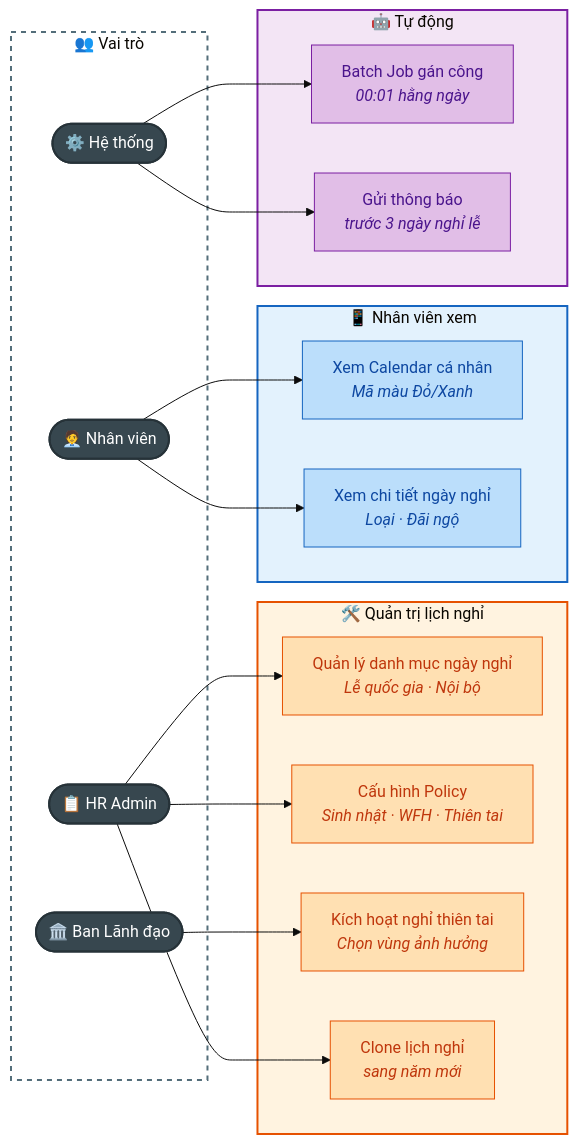
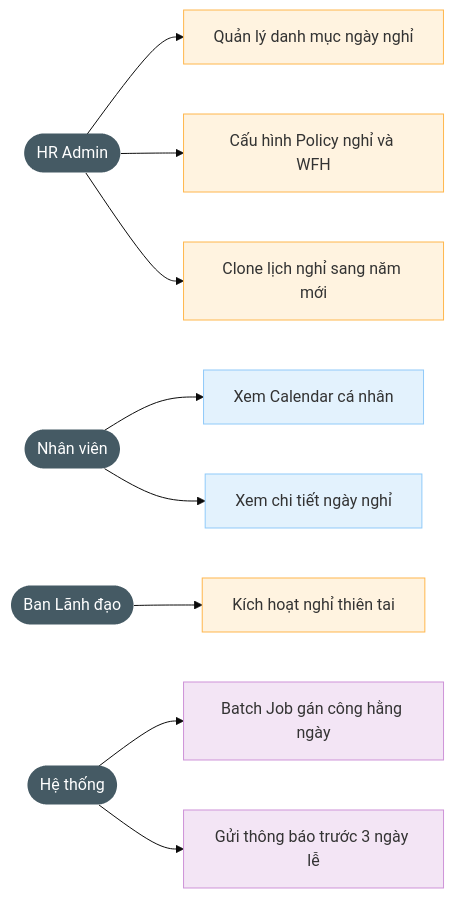
One commit to olbboy/BA-Kit changed the second of 2 diagrams in outputs/mini-app-cham-cong/2.11-Mini-app/2.11.7.-Cấu-hình-lịch-nghỉ/README.md. Above: the diagram before and after it, drawn with Mermaid (base theme). The commit also changed other lines of this file and 5 other files, not shown here.

First line of the commit message:
style: simplify all Mermaid diagrams — clean professional look

````diff
--- a/outputs/mini-app-cham-cong/2.11-Mini-app/2.11.7.-Cấu-hình-lịch-nghỉ/README.md
+++ b/outputs/mini-app-cham-cong/2.11-Mini-app/2.11.7.-Cấu-hình-lịch-nghỉ/README.md
@@ -86,46 +60,31 @@
 ```mermaid
 graph LR
-    subgraph actors [" 👥 Vai trò "]
-        HR(["📋 HR Admin"])
-        NV(["🧑‍💼 Nhân viên"])
-        BGD(["🏛️ Ban Lãnh đạo"])
-        SYS(["⚙️ Hệ thống"])
-    end
+    HR([HR Admin])
+    NV([Nhân viên])
+    BGD([Ban Lãnh đạo])
+    SYS([Hệ thống])
 
-    subgraph admin_uc [" 🛠️ Quản trị lịch nghỉ "]
-        UC1["Quản lý danh mục ngày nghỉ<br/><i>Lễ quốc gia · Nội bộ</i>"]
-        UC2["Cấu hình Policy<br/><i>Sinh nhật · WFH · Thiên tai</i>"]
-        UC3["Kích hoạt nghỉ thiên tai<br/><i>Chọn vùng ảnh hưởng</i>"]
-        UC4["Clone lịch nghỉ<br/><i>sang năm mới</i>"]
-    end
+    HR --> UC1[Quản lý danh mục ngày nghỉ]
+    HR --> UC2[Cấu hình Policy nghỉ và WFH]
+    HR --> UC4[Clone lịch nghỉ sang năm mới]
+    BGD --> UC3[Kích hoạt nghỉ thiên tai]
+    NV --> UC5[Xem Calendar cá nhân]
+    NV --> UC6[Xem chi tiết ngày nghỉ]
+    SYS --> UC7[Batch Job gán công hằng ngày]
+    SYS --> UC8[Gửi thông báo trước 3 ngày lễ]
 
-    subgraph emp_uc [" 📱 Nhân viên xem "]
-        UC5["Xem Calendar cá nhân<br/><i>Mã màu Đỏ/Xanh</i>"]
-        UC6["Xem chi tiết ngày nghỉ<br/><i>Loại · Đãi ngộ</i>"]
-    end
+    classDef actor fill:#455A64,color:#fff,stroke-width:0
+    classDef admin fill:#FFF3E0,stroke:#FFB74D
+    classDef emp fill:#E3F2FD,stroke:#90CAF9
+    classDef sys fill:#F3E5F5,stroke:#CE93D8
 
-    subgraph sys_uc [" 🤖 Tự động "]
-        UC7["Batch Job gán công<br/><i>00:01 hằng ngày</i>"]
-        UC8["Gửi thông báo<br/><i>trước 3 ngày nghỉ lễ</i>"]
-    end
-
-    HR --> UC1 & UC2 & UC4
-    BGD --> UC3
-    NV --> UC5 & UC6
-    SYS --> UC7 & UC8
-
-    style actors fill:none,stroke:#546E7A,stroke-width:2px,stroke-dasharray:5
-    style admin_uc fill:#FFF3E0,stroke:#E65100,stroke-width:2px
-    style emp_uc fill:#E3F2FD,stroke:#1565C0,stroke-width:2px
-    style sys_uc fill:#F3E5F5,stroke:#7B1FA2,stroke-width:2px
-
-    classDef actorNode fill:#37474F,color:#fff,stroke:#263238,stroke-width:2px
-    classDef adminNode fill:#FFE0B2,stroke:#E65100,color:#BF360C
-    classDef empNode fill:#BBDEFB,stroke:#1565C0,color:#0D47A1
-    classDef sysNode fill:#E1BEE7,stroke:#7B1FA2,color:#4A148C
+    class HR,NV,BGD,SYS actor
+    class UC1,UC2,UC3,UC4 admin
+    class UC5,UC6 emp
+    class UC7,UC8 sys
 
     class HR,NV,BGD,SYS actorNode
     class UC1,UC2,UC3,UC4 adminNode
     class UC5,UC6 empNode
     class UC7,UC8 sysNode
 ```
````
